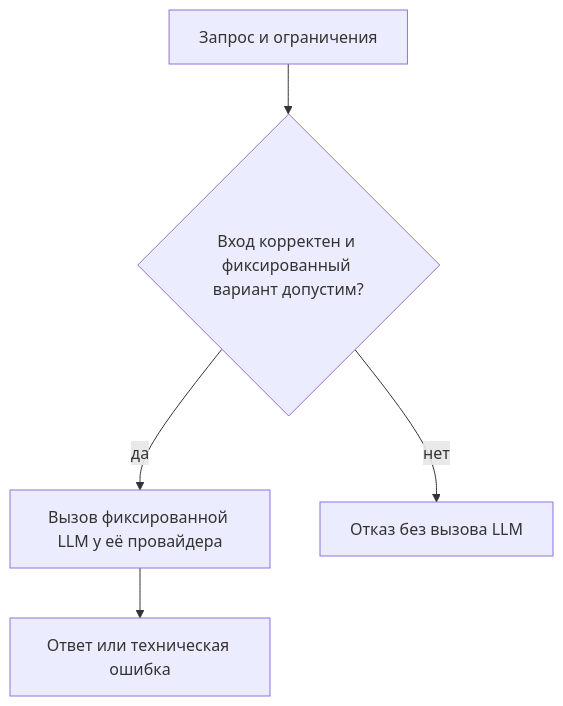
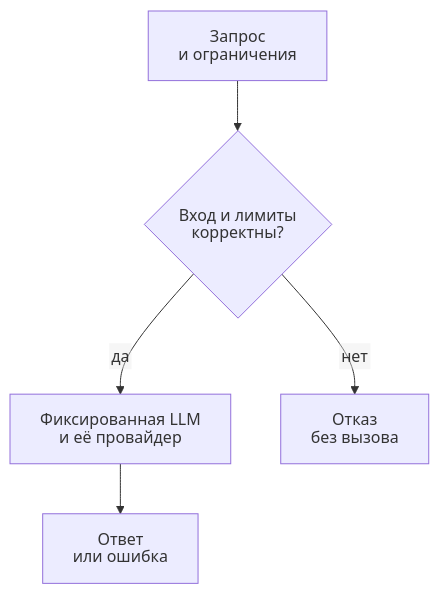
Before and after one commit to Mixlazer/ML_Sys_Design_HW: the first of 2 diagrams in docs/ml_system_design_doc.md, drawn with Mermaid. The commit also changed other lines of this file and 1 other file, not shown here.

Commit message:
Fix diagram label clipping and focus project risks

````diff
--- a/docs/ml_system_design_doc.md
+++ b/docs/ml_system_design_doc.md
@@ -209,7 +209,8 @@
 ```mermaid
+%%{init: {"htmlLabels": false, "fontFamily": "Arial, sans-serif", "fontSize": 16}}%%
 flowchart TD
-    REQUEST["Запрос и ограничения"] --> CHECK{"Вход корректен и фиксированный вариант допустим?"}
-    CHECK -->|"да"| CALL["Вызов фиксированной LLM у её провайдера"]
-    CHECK -->|"нет"| ERROR["Отказ без вызова LLM"]
-    CALL --> RESULT["Ответ или техническая ошибка"]
+    REQUEST["Запрос<br/>и ограничения"] --> CHECK{"Вход и лимиты<br/>корректны?"}
+    CHECK -->|"да"| CALL["Фиксированная LLM<br/>и её провайдер"]
+    CHECK -->|"нет"| ERROR["Отказ<br/>без вызова"]
+    CALL --> RESULT["Ответ<br/>или ошибка"]
 ```
````
